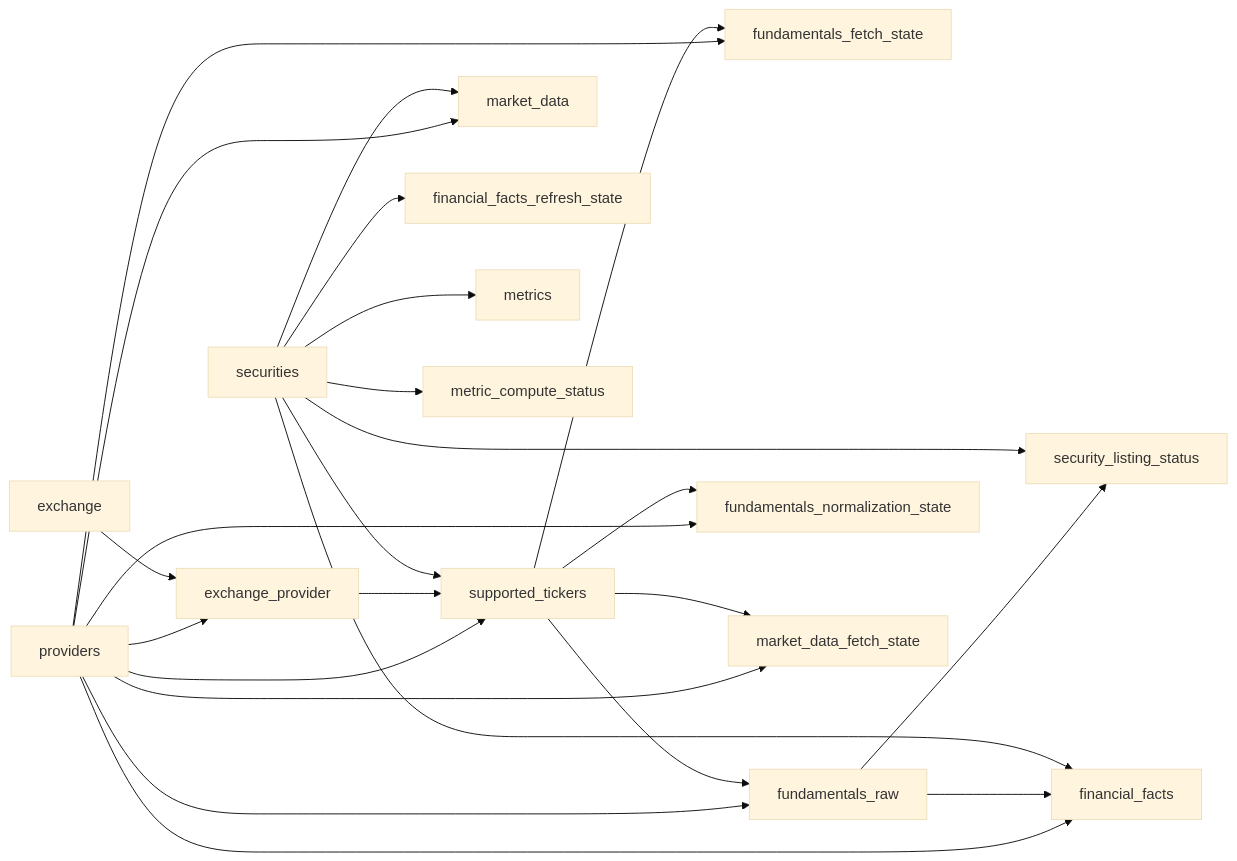
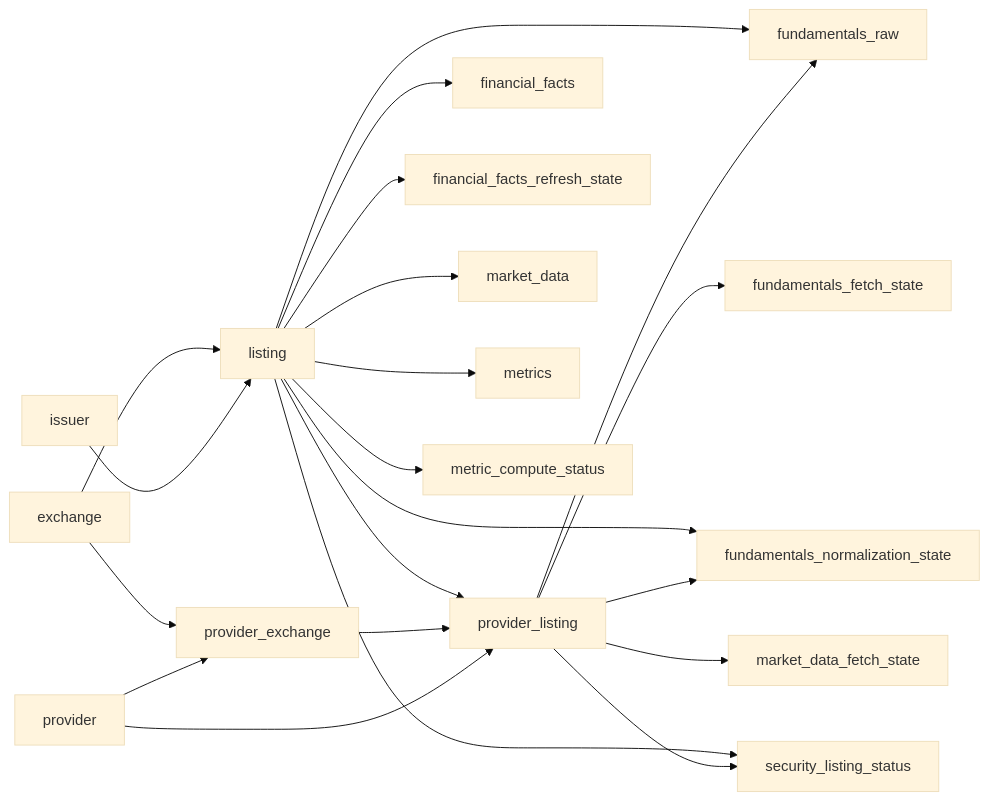
One commit to emretezel/pyvalue changed the first of 2 diagrams in docs/architecture/database/relationships.md. Above: the diagram before and after it, drawn with Mermaid (base theme). The commit also changed other lines of this file and 41 other files, not shown here.

````diff
--- a/docs/architecture/database/relationships.md
+++ b/docs/architecture/database/relationships.md
@@ -7,26 +7,23 @@
 ```mermaid
 flowchart LR
-    providers --> exchange_provider
-    exchange --> exchange_provider
-    providers --> supported_tickers
-    providers --> fundamentals_fetch_state
-    providers --> fundamentals_raw
-    providers --> fundamentals_normalization_state
-    providers --> market_data_fetch_state
-    providers --> financial_facts
-    providers --> market_data
-    exchange_provider --> supported_tickers
-    securities --> supported_tickers
-    supported_tickers --> fundamentals_fetch_state
-    supported_tickers --> fundamentals_raw
-    supported_tickers --> fundamentals_normalization_state
-    supported_tickers --> market_data_fetch_state
-    fundamentals_raw --> security_listing_status
-    securities --> security_listing_status
-    fundamentals_raw --> financial_facts
-    securities --> financial_facts
-    securities --> financial_facts_refresh_state
-    securities --> market_data
-    securities --> metrics
-    securities --> metric_compute_status
+    provider --> provider_exchange
+    exchange --> provider_exchange
+    issuer --> listing
+    exchange --> listing
+    provider --> provider_listing
+    provider_exchange --> provider_listing
+    listing --> provider_listing
+    provider_listing --> fundamentals_fetch_state
+    provider_listing --> fundamentals_raw
+    provider_listing --> fundamentals_normalization_state
+    provider_listing --> market_data_fetch_state
+    provider_listing --> security_listing_status
+    listing --> fundamentals_raw
+    listing --> fundamentals_normalization_state
+    listing --> security_listing_status
+    listing --> financial_facts
+    listing --> financial_facts_refresh_state
+    listing --> market_data
+    listing --> metrics
+    listing --> metric_compute_status
 ```
````
